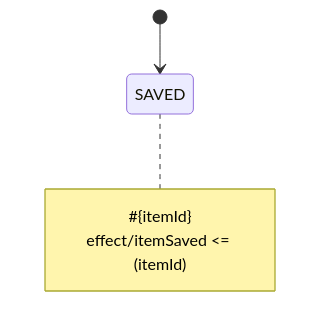
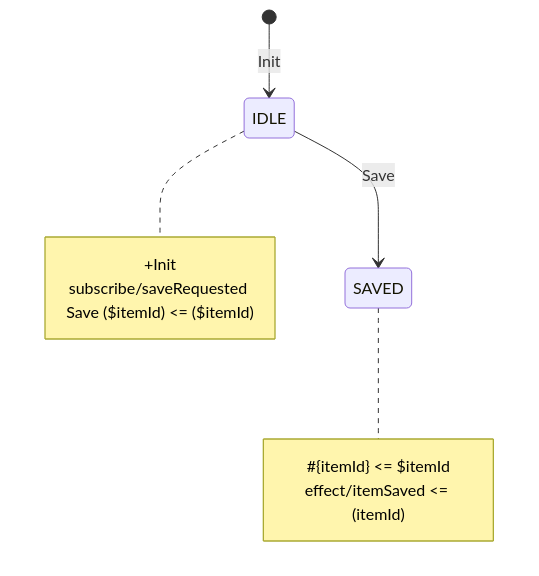
One commit to tfcp68/yantrix changed the diagram in docs/syntax/300_side_effects.md. Above: the diagram before and after it, drawn with Mermaid. The commit also changed other lines of this file and 21 other files, not shown here.

````diff
--- a/docs/syntax/300_side_effects.md
+++ b/docs/syntax/300_side_effects.md
@@ -22,8 +23,13 @@
 ```mermaid
 stateDiagram-v2
-  [*] --> SAVED
-  note right of SAVED
-    #{itemId}
-    effect/itemSaved <= (itemId)
-  end note
+    [*] --> IDLE: Init
+    IDLE --> SAVED: Save
+    note right of IDLE
+        +Init
+        subscribe/saveRequested Save ($itemId) <= ($itemId)
+    end note
+    note right of SAVED
+        #{itemId} <= $itemId
+        effect/itemSaved <= (itemId)
+    end note
 ```
````
